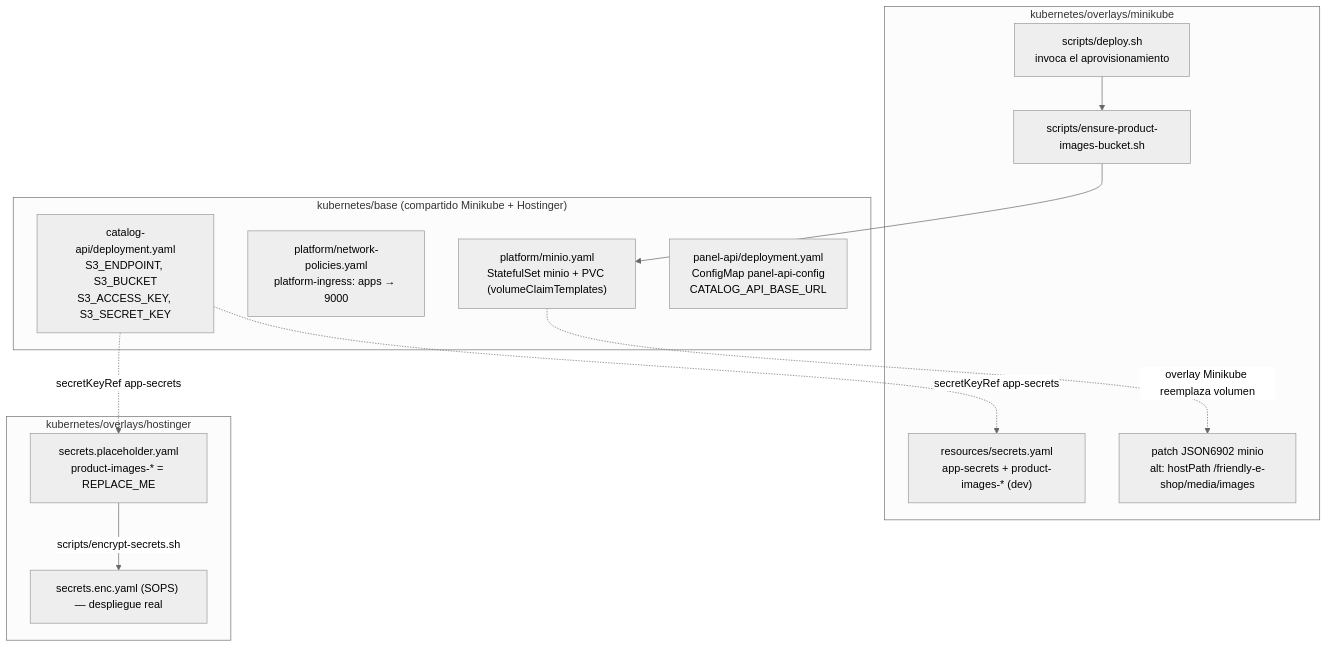
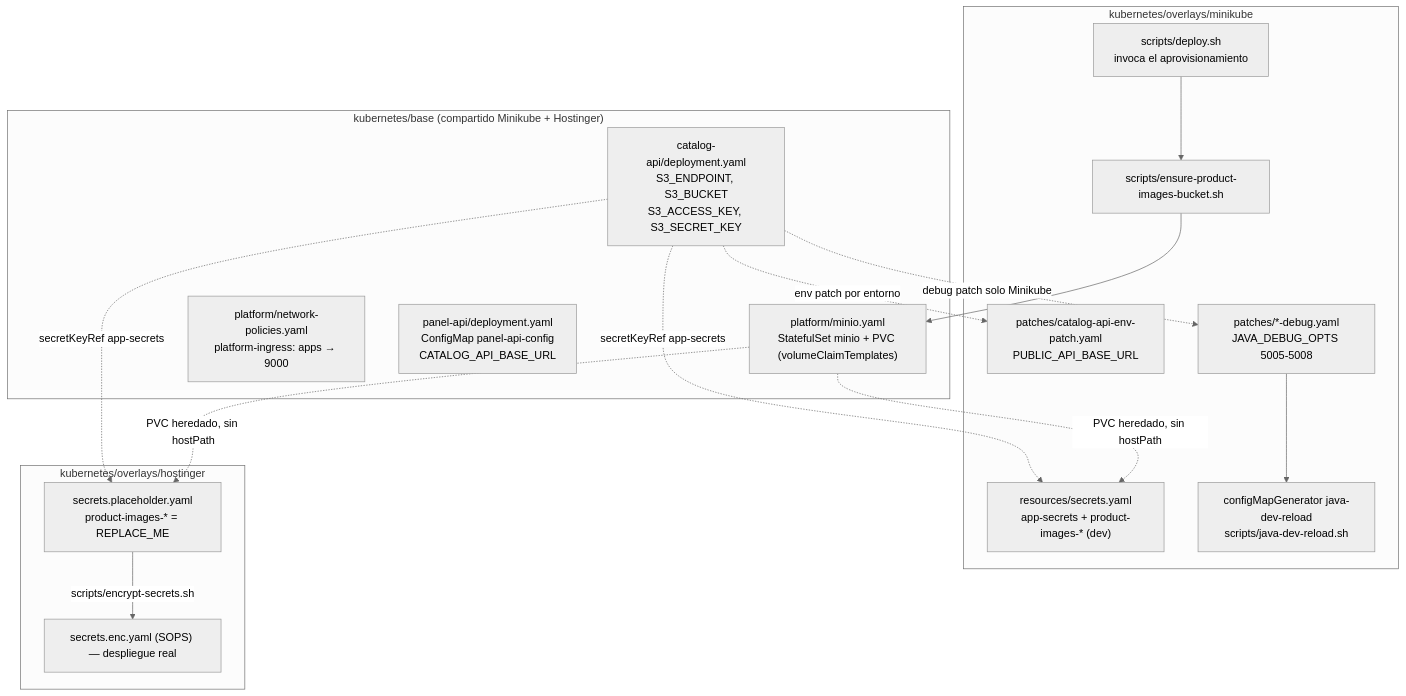
Before and after one commit to Dariosoft/fes-infra: the third of 7 diagrams in specs/002-product-image-storage/uml.md, drawn with Mermaid (neutral theme). The commit also changed other lines of this file and 7 other files, not shown here.

````diff
--- a/specs/002-product-image-storage/uml.md
+++ b/specs/002-product-image-storage/uml.md
@@ -41,28 +62,34 @@
 ```mermaid
 flowchart TB
   subgraph base["kubernetes/base (compartido Minikube + Hostinger)"]
     BMIN["platform/minio.yaml\nStatefulSet minio + PVC (volumeClaimTemplates)"]
     BNP["platform/network-policies.yaml\nplatform-ingress: apps → 9000"]
     BCAT["catalog-api/deployment.yaml\nS3_ENDPOINT, S3_BUCKET\nS3_ACCESS_KEY, S3_SECRET_KEY"]
     BPAN["panel-api/deployment.yaml\nConfigMap panel-api-config\nCATALOG_API_BASE_URL"]
   end
 
   subgraph mk["kubernetes/overlays/minikube"]
     MKRES["resources/secrets.yaml\napp-secrets + product-images-* (dev)"]
-    MKPATCH["patch JSON6902 minio\nalt: hostPath /friendly-e-shop/media/images"]
+    MKENV["patches/catalog-api-env-patch.yaml\nPUBLIC_API_BASE_URL"]
+    MKDBG["patches/*-debug.yaml\nJAVA_DEBUG_OPTS 5005-5008"]
+    MKREL["configMapGenerator java-dev-reload\nscripts/java-dev-reload.sh"]
+    MKDEPLOY["scripts/deploy.sh\ninvoca el aprovisionamiento"]
     MKSCRIPT["scripts/ensure-product-images-bucket.sh"]
-    MKDEPLOY["scripts/deploy.sh\ninvoca el aprovisionamiento"]
   end
 
   subgraph hs["kubernetes/overlays/hostinger"]
     HSPH["secrets.placeholder.yaml\nproduct-images-* = REPLACE_ME"]
     HSENC["secrets.enc.yaml (SOPS) — despliegue real"]
   end
 
-  BMIN -.->|overlay Minikube reemplaza volumen| MKPATCH
+  BMIN -.->|PVC heredado, sin hostPath| MKRES
+  BMIN -.->|PVC heredado, sin hostPath| HSPH
   BCAT -.->|secretKeyRef app-secrets| MKRES
   BCAT -.->|secretKeyRef app-secrets| HSPH
+  BCAT -.->|env patch por entorno| MKENV
+  BCAT -.->|debug patch solo Minikube| MKDBG
+  MKDBG --> MKREL
   MKDEPLOY --> MKSCRIPT
   MKSCRIPT --> BMIN
   HSPH -->|scripts/encrypt-secrets.sh| HSENC
 ```
````
